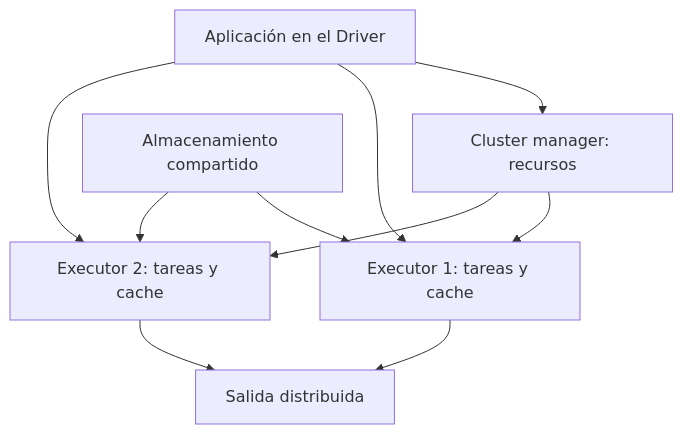
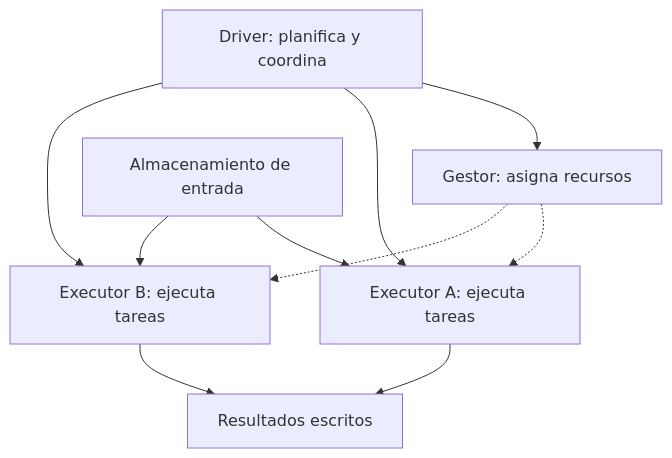
One commit to kalech7/notes changed the diagram in Obsidian/freelance/Data Engineering/Spark/01 Arquitectura y procesamiento distribuido.md. Above: the diagram before and after it, drawn with Mermaid. The commit also changed other lines of this file and 134 other files, not shown here.

````diff
--- a/Obsidian/freelance/Data Engineering/Spark/01 Arquitectura y procesamiento distribuido.md
+++ b/Obsidian/freelance/Data Engineering/Spark/01 Arquitectura y procesamiento distribuido.md
@@ -22,12 +48,12 @@
 ```mermaid
 flowchart TD
- A["Aplicación en el Driver"] --> B["Cluster manager: recursos"]
- A --> C["Executor 1: tareas y cache"]
- A --> D["Executor 2: tareas y cache"]
- B --> C
- B --> D
- E["Almacenamiento compartido"] --> C
- E --> D
- C --> F["Salida distribuida"]
- D --> F
+    D["Driver: planifica y coordina"] --> M["Gestor: asigna recursos"]
+    D --> E1["Executor A: ejecuta tareas"]
+    D --> E2["Executor B: ejecuta tareas"]
+    M -.-> E1
+    M -.-> E2
+    S["Almacenamiento de entrada"] --> E1
+    S --> E2
+    E1 --> O["Resultados escritos"]
+    E2 --> O
 ```
````
